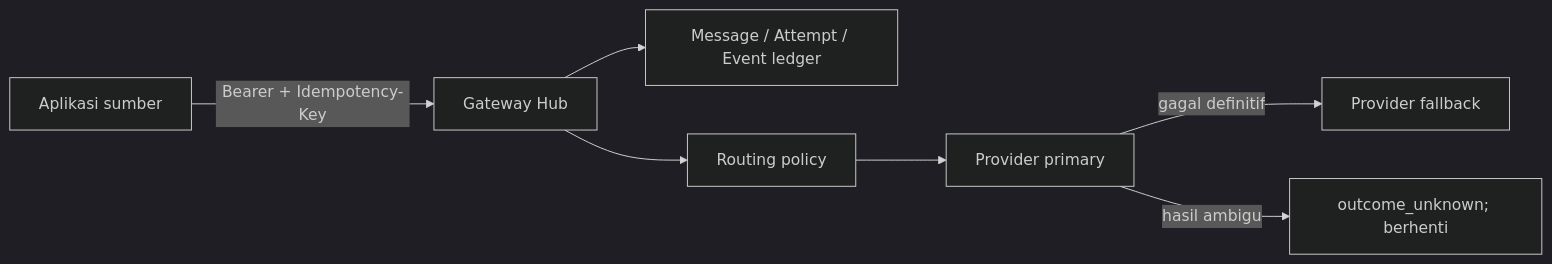
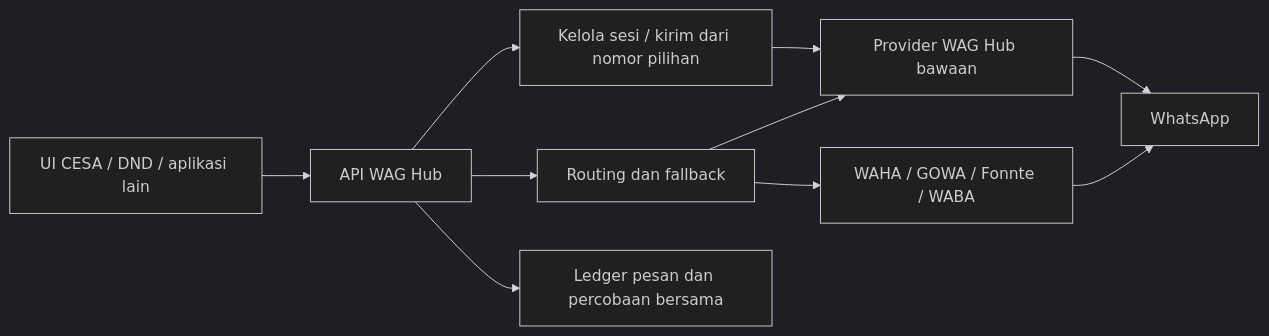
The diagram in README.md (kungfufafa/wag-hub), drawn with Mermaid (dark theme) before and after one commit. The commit also changed other lines of this file and 39 other files, not shown here.

Commit message:
feat: unify native WhatsApp provider and plug-and-play integration

````diff
--- a/README.md
+++ b/README.md
@@ -32,9 +42,12 @@
 ```mermaid
 flowchart LR
-    A["Aplikasi sumber"] -->|"Bearer + Idempotency-Key"| H["Gateway Hub"]
-    H --> L["Message / Attempt / Event ledger"]
-    H --> R["Routing policy"]
-    R --> W["Provider primary"]
-    W -->|"gagal definitif"| F["Provider fallback"]
-    W -->|"hasil ambigu"| U["outcome_unknown; berhenti"]
+    A["UI CESA / DND / aplikasi lain"] --> H["API WAG Hub"]
+    H --> S["Kelola sesi / kirim dari nomor pilihan"]
+    H --> R["Routing dan fallback"]
+    S --> N["Provider WAG Hub bawaan"]
+    R --> N
+    R --> E["WAHA / GOWA / Fonnte / WABA"]
+    N --> W["WhatsApp"]
+    E --> W
+    H --> L["Ledger pesan dan percobaan bersama"]
 ```
````
